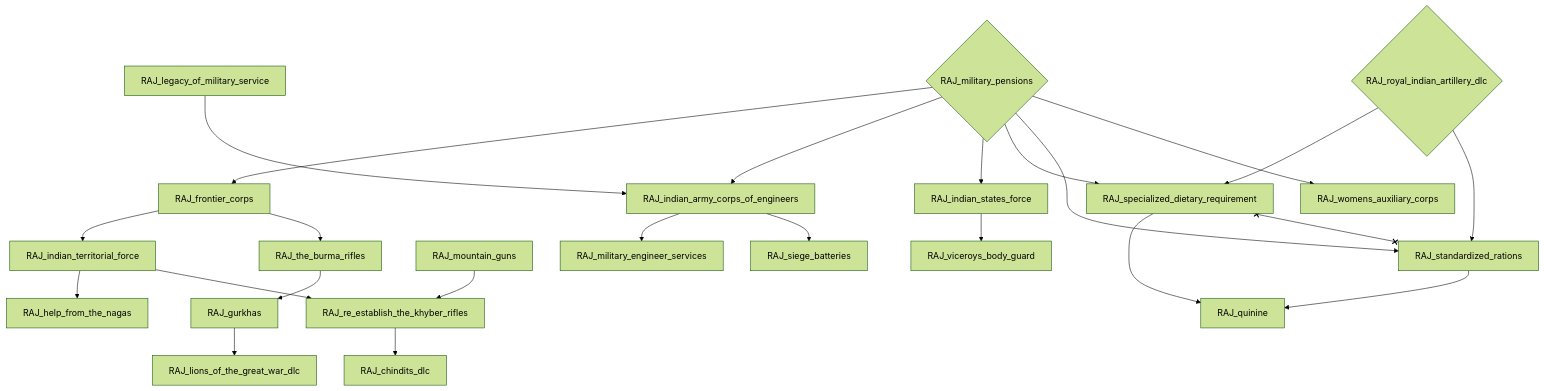
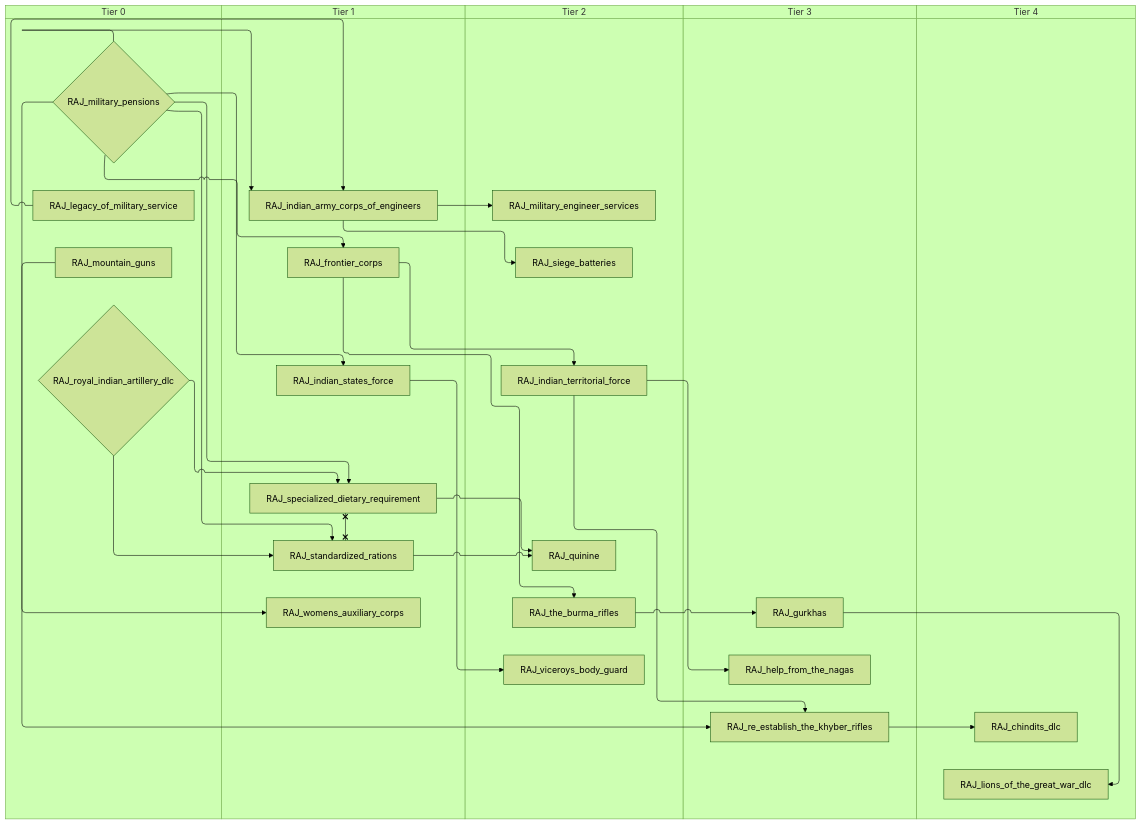
The tenth of 13 diagrams in docs/gdd/National Focuses/india_goe.md (evgeny-sobol/hoi4-sandbox-mode), drawn with Mermaid (forest theme) before and after one commit. The commit also changed other lines of this file and 80 other files, not shown here.

First line of the commit message:
Add swimlane mode to focus graph exporter

````diff
--- a/docs/gdd/National Focuses/india_goe.md
+++ b/docs/gdd/National Focuses/india_goe.md
@@ -550,47 +660,57 @@
 ```mermaid
-flowchart TD
-    n210["RAJ_chindits_dlc"]
-    n211["RAJ_frontier_corps"]
-    n212["RAJ_gurkhas"]
-    n213["RAJ_help_from_the_nagas"]
-    n202["RAJ_indian_army_corps_of_engineers"]
-    n214["RAJ_indian_states_force"]
-    n215["RAJ_indian_territorial_force"]
-    n203["RAJ_legacy_of_military_service"]
-    n216["RAJ_lions_of_the_great_war_dlc"]
-    n205["RAJ_military_engineer_services"]
-    n206{"RAJ_military_pensions"}
-    n217["RAJ_mountain_guns"]
-    n218["RAJ_quinine"]
-    n219["RAJ_re_establish_the_khyber_rifles"]
-    n220{"RAJ_royal_indian_artillery_dlc"}
-    n209["RAJ_siege_batteries"]
-    n221["RAJ_specialized_dietary_requirement"]
-    n222["RAJ_standardized_rations"]
-    n223["RAJ_the_burma_rifles"]
-    n224["RAJ_viceroys_body_guard"]
-    n225["RAJ_womens_auxiliary_corps"]
-    n219 --> n210
-    n206 --> n211
-    n223 --> n212
-    n215 --> n213
-    n203 --> n202
-    n206 --> n202
-    n206 --> n214
+swimlane-beta TD
+    subgraph tier_0["Tier 0"]
+        n203["RAJ_legacy_of_military_service"]
+        n202{"RAJ_military_pensions"}
+        n210["RAJ_mountain_guns"]
+        n211{"RAJ_royal_indian_artillery_dlc"}
+    end
+    subgraph tier_1["Tier 1"]
+        n212["RAJ_frontier_corps"]
+        n204["RAJ_indian_army_corps_of_engineers"]
+        n213["RAJ_indian_states_force"]
+        n214["RAJ_specialized_dietary_requirement"]
+        n215["RAJ_standardized_rations"]
+        n216["RAJ_womens_auxiliary_corps"]
+    end
+    subgraph tier_2["Tier 2"]
+        n217["RAJ_indian_territorial_force"]
+        n207["RAJ_military_engineer_services"]
+        n218["RAJ_quinine"]
+        n208["RAJ_siege_batteries"]
+        n219["RAJ_the_burma_rifles"]
+        n220["RAJ_viceroys_body_guard"]
+    end
+    subgraph tier_3["Tier 3"]
+        n221["RAJ_gurkhas"]
+        n222["RAJ_help_from_the_nagas"]
+        n223["RAJ_re_establish_the_khyber_rifles"]
+    end
+    subgraph tier_4["Tier 4"]
+        n224["RAJ_chindits_dlc"]
+        n225["RAJ_lions_of_the_great_war_dlc"]
+    end
+    n223 --> n224
+    n202 --> n212
+    n219 --> n221
+    n217 --> n222
+    n203 --> n204
+    n202 --> n204
+    n202 --> n213
+    n212 --> n217
+    n221 --> n225
+    n204 --> n207
+    n214 --> n218
+    n215 --> n218
+    n217 --> n223
+    n210 --> n223
+    n204 --> n208
+    n202 --> n214
+    n211 --> n214
+    n202 --> n215
     n211 --> n215
-    n212 --> n216
-    n202 --> n205
-    n221 --> n218
-    n222 --> n218
-    n215 --> n219
-    n217 --> n219
-    n202 --> n209
-    n206 --> n221
-    n220 --> n221
-    n206 --> n222
-    n220 --> n222
-    n211 --> n223
-    n214 --> n224
-    n206 --> n225
-    n221 x--x n222
+    n212 --> n219
+    n213 --> n220
+    n202 --> n216
+    n214 x--x n215
 ```
````
